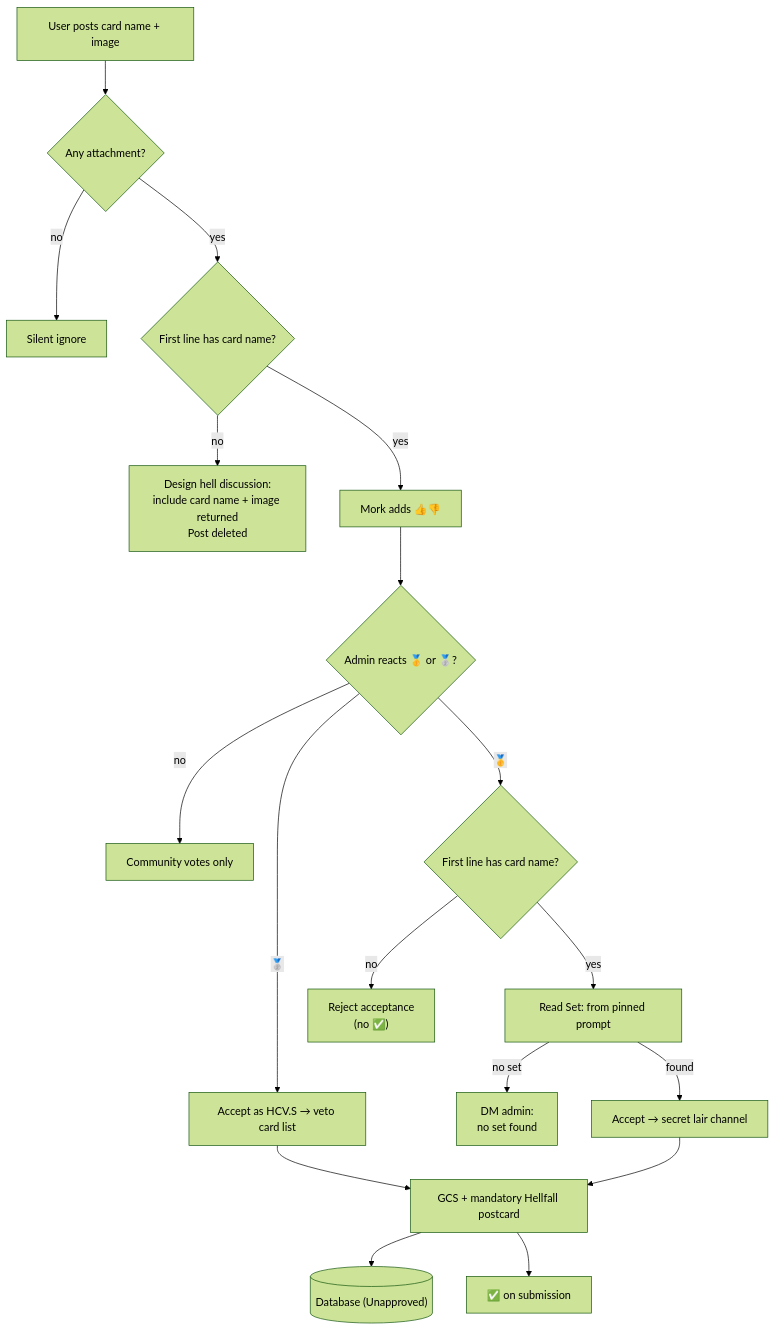
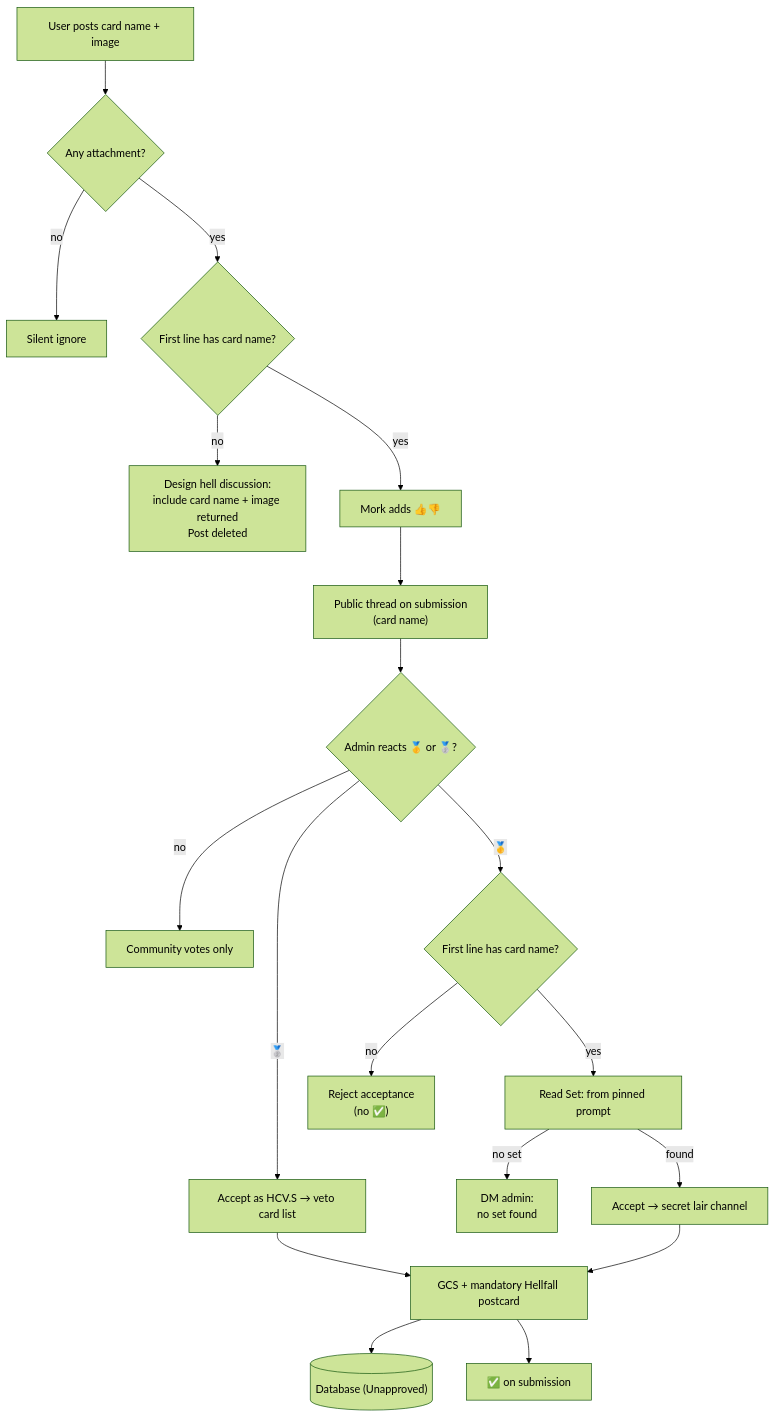
One commit to bones-bones/mork changed the fifth of 6 diagrams in docs/card-flows/submissions.md. Above: the diagram before and after it, drawn with Mermaid (forest theme). The commit also changed other lines of this file and 10 other files, not shown here.

````diff
--- a/docs/card-flows/submissions.md
+++ b/docs/card-flows/submissions.md
@@ -138,20 +138,21 @@
 ```mermaid
 flowchart TD
   U["User posts card name + image"] --> ATT{"Any attachment?"}
   ATT -->|no| MISS["Silent ignore"]
   ATT -->|yes| NAME{"First line has card name?"}
   NAME -->|no| NONAME["Design hell discussion:<br/>include card name + image returned<br/>Post deleted"]
   NAME -->|yes| V["Mork adds 👍👎"]
-  V --> MED{"Admin reacts 🥇 or 🥈?"}
+  V --> THREAD["Public thread on submission<br/>(card name)"]
+  THREAD --> MED{"Admin reacts 🥇 or 🥈?"}
   MED -->|no| WAIT["Community votes only"]
   MED -->|🥈| VETO["Accept as HCV.S → veto card list"]
   MED -->|🥇| TITLE{"First line has card name?"}
   TITLE -->|no| REJ["Reject acceptance<br/>(no ✅)"]
   TITLE -->|yes| PIN["Read Set: from pinned prompt"]
   PIN -->|no set| NOSET["DM admin:<br/>no set found"]
   PIN -->|found| SL["Accept → secret lair channel"]
   VETO --> ACC["GCS + mandatory Hellfall postcard"]
   SL --> ACC
   ACC --> SH[("Database (Unapproved)")]
   ACC --> OK["✅ on submission"]
 ```
````
